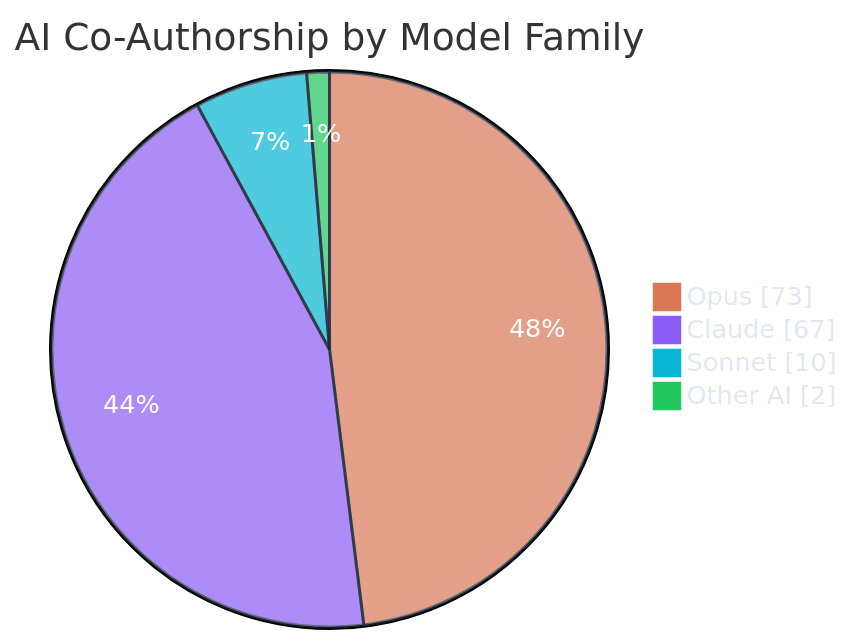
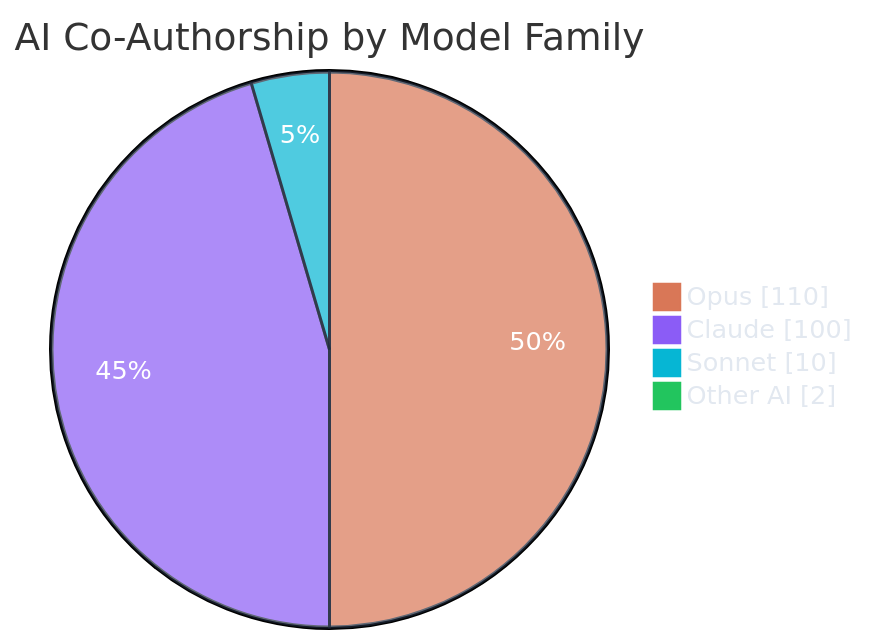
One commit to polo-nyan/polo-nyan changed the third of 7 diagrams in README.md. Above: the diagram before and after it, drawn with Mermaid. The commit also changed other lines of this file and 1 other file, not shown here.

````diff
--- a/README.md
+++ b/README.md
@@ -232,9 +232,9 @@
 ```mermaid
 %%{init: {"theme": "base", "themeVariables": { "pie1": "#d97757", "pie2": "#8b5cf6", "pie3": "#06b6d4", "pie4": "#22c55e", "pie5": "#f59e0b", "pie6": "#ec4899", "pieTextColor": "#ffffff", "pieLegendTextColor": "#e2e8f0", "pieSectionTextColor": "#ffffff", "pieStrokeColor": "#1e293b" }}}%%
 pie showData
     title AI Co-Authorship by Model Family
-    "Opus" : 73
-    "Claude" : 67
+    "Opus" : 110
+    "Claude" : 100
     "Sonnet" : 10
     "Other AI" : 2
 ```
````
